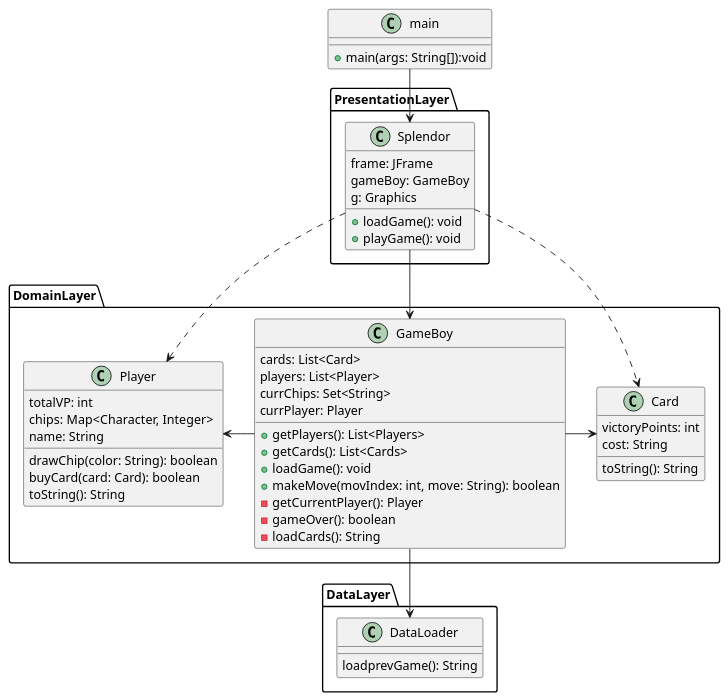
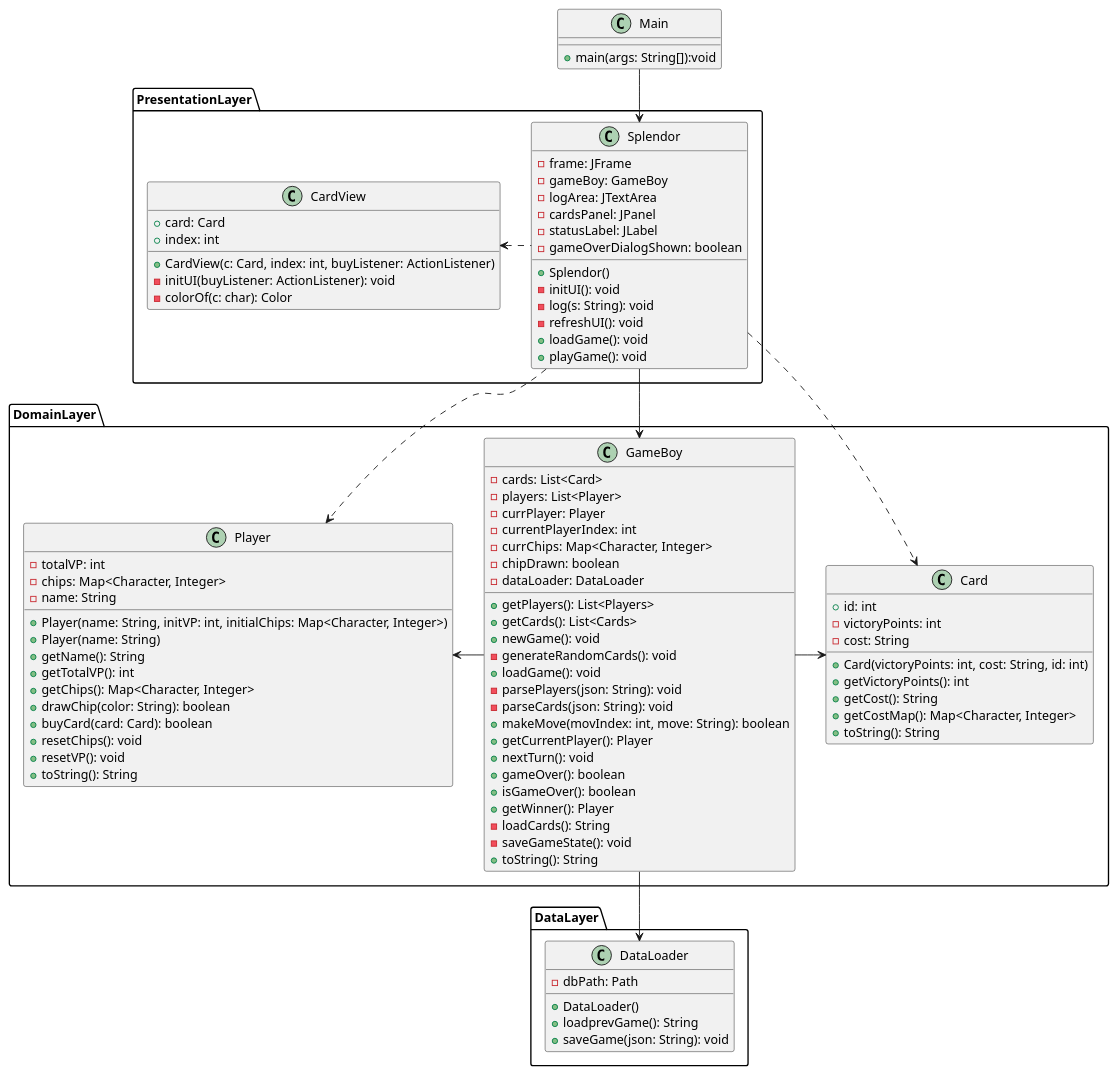
One commit to pjc0210/csse374-hw2 changed the diagram in src/UMLDiagram-new.puml. Above: the diagram before and after it, drawn with PlantUML. The commit also changed 3 other files, not shown here.

Commit message:
updated uml, minor edits in code

```diff
--- a/src/UMLDiagram-new.puml
+++ b/src/UMLDiagram-new.puml
@@ -1,68 +1,116 @@
 @startuml
 
-class main{
-+main(args: String[]):void
+class Main{
+  +main(args: String[]):void
 }
 
 package PresentationLayer{
   class Splendor{
-    frame: JFrame
-    gameBoy: GameBoy
-    g: Graphics
+    -frame: JFrame
+    -gameBoy: GameBoy
+    -logArea: JTextArea
+    -cardsPanel: JPanel
+    -statusLabel: JLabel
+    -gameOverDialogShown: boolean
 
+    +Splendor()
+    -initUI(): void
+    -log(s: String): void
+    -refreshUI(): void
     +loadGame(): void
     +playGame(): void
+  }
+
+  class CardView {
+    +card: Card
+    +index: int
+
+    +CardView(c: Card, index: int, buyListener: ActionListener)
+    -initUI(buyListener: ActionListener): void
+    -colorOf(c: char): Color
   }
 }
 
 package DomainLayer{
   class GameBoy{
-    cards: List<Card>
-    players: List<Player>
-    currChips: Set<String>
-    currPlayer: Player
+    -cards: List<Card>
+    -players: List<Player>
+    -currPlayer: Player
+    -currentPlayerIndex: int
+    -currChips: Map<Character, Integer>
+    -chipDrawn: boolean
+    -dataLoader: DataLoader
+
     +getPlayers(): List<Players>
     +getCards(): List<Cards>
+    +newGame(): void
+    -generateRandomCards(): void
     +loadGame(): void
+    -parsePlayers(json: String): void
+    -parseCards(json: String): void
     +makeMove(movIndex: int, move: String): boolean
-    -getCurrentPlayer(): Player
-    -gameOver(): boolean
+    +getCurrentPlayer(): Player
+    +nextTurn(): void
+    +gameOver(): boolean
+    +isGameOver(): boolean
+    +getWinner(): Player
     -loadCards(): String
+    -saveGameState(): void
+    +toString(): String
   }
 
   class Card{
-    victoryPoints: int
-    cost: String
-    toString(): String
+    +id: int
+    -victoryPoints: int
+    -cost: String
+
+    +Card(victoryPoints: int, cost: String, id: int)
+    +getVictoryPoints(): int
+    +getCost(): String
+    +getCostMap(): Map<Character, Integer>
+    +toString(): String
   }
 
   class Player{
-    totalVP: int
-    chips: Map<Character, Integer>
-    name: String
-    drawChip(color: String): boolean
-    buyCard(card: Card): boolean
-    toString(): String
+    -totalVP: int
+    -chips: Map<Character, Integer>
+    -name: String
+
+    +Player(name: String, initVP: int, initialChips: Map<Character, Integer>)
+    +Player(name: String)
+    +getName(): String
+    +getTotalVP(): int
+    +getChips(): Map<Character, Integer>
+    +drawChip(color: String): boolean
+    +buyCard(card: Card): boolean
+    +resetChips(): void
+    +resetVP(): void
+    +toString(): String
   }
 }
 package DataLayer{
   class DataLoader{
-   loadprevGame(): String
+    -dbPath: Path
+    +DataLoader()
+    +loadprevGame(): String
+    +saveGame(json: String): void
   }
 }
 
-main --> Splendor
+Main --> Splendor
 
 Splendor --> GameBoy
 
 Splendor ..> Card
 
 Splendor ..> Player
+
+Splendor .l.> CardView
 
 GameBoy --> DataLoader
 
 GameBoy -r-> Card
 
 GameBoy -l-> Player
 
 @enduml
```
